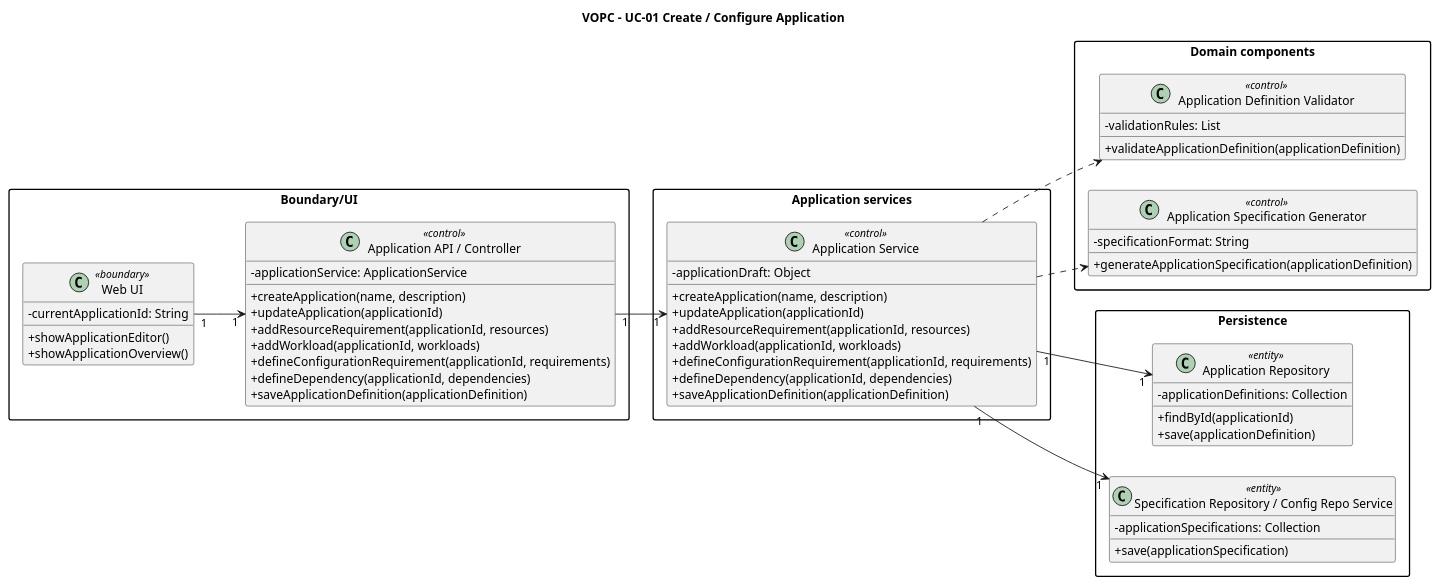
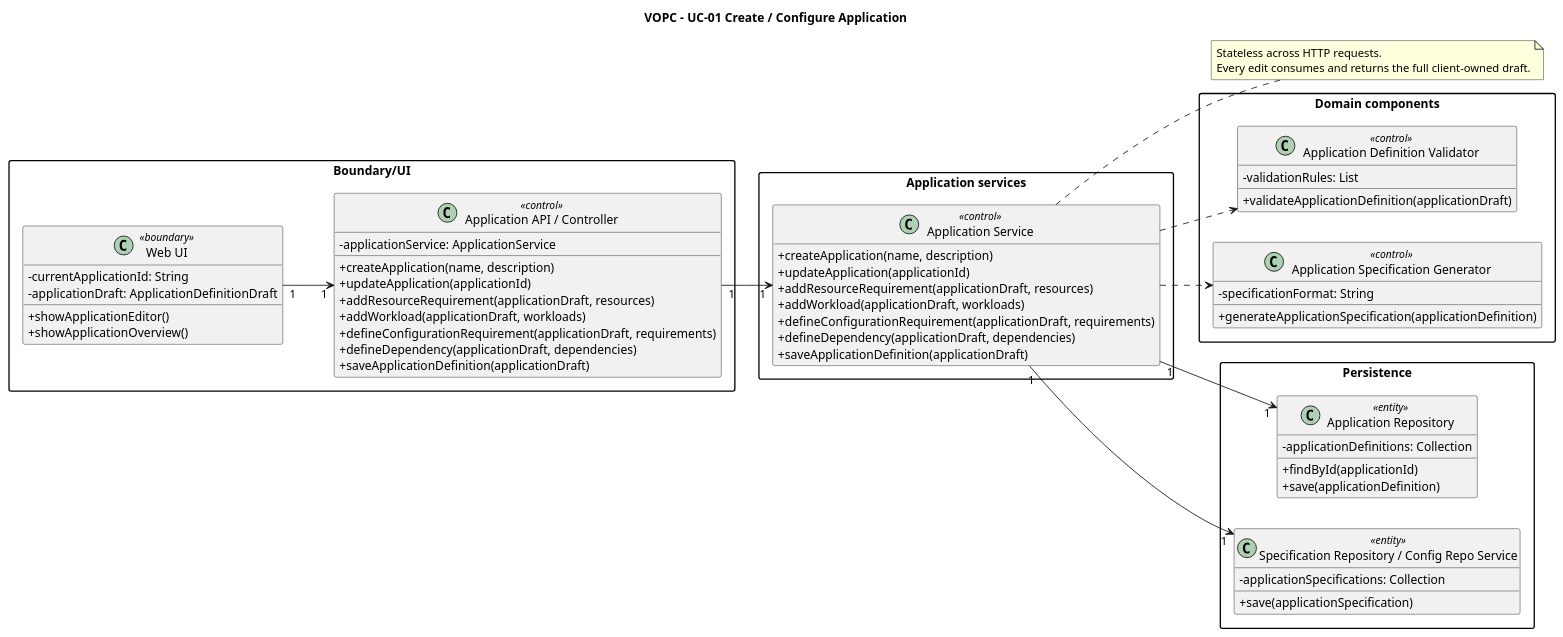
The diagram in 01_vopc_design_class_diagram/vopc_uc01.puml (pr3s3nt/final_idp), drawn with PlantUML before and after one commit. The commit also changed 20 other files, not shown here.

```diff
--- a/01_vopc_design_class_diagram/vopc_uc01.puml
+++ b/01_vopc_design_class_diagram/vopc_uc01.puml
@@ -1,70 +1,75 @@
 @startuml
 title VOPC - UC-01 Create / Configure Application
 
 left to right direction
 skinparam packageStyle rectangle
 skinparam classAttributeIconSize 0
 hide empty members
 
 package "Boundary/UI" {
   class "Web UI" as WebUI <<boundary>> {
     -currentApplicationId: String
+    -applicationDraft: ApplicationDefinitionDraft
     +showApplicationEditor()
     +showApplicationOverview()
   }
   class "Application API / Controller" as ApplicationAPI <<control>> {
     -applicationService: ApplicationService
     +createApplication(name, description)
     +updateApplication(applicationId)
-    +addResourceRequirement(applicationId, resources)
-    +addWorkload(applicationId, workloads)
-    +defineConfigurationRequirement(applicationId, requirements)
-    +defineDependency(applicationId, dependencies)
-    +saveApplicationDefinition(applicationDefinition)
+    +addResourceRequirement(applicationDraft, resources)
+    +addWorkload(applicationDraft, workloads)
+    +defineConfigurationRequirement(applicationDraft, requirements)
+    +defineDependency(applicationDraft, dependencies)
+    +saveApplicationDefinition(applicationDraft)
   }
 }
 
 package "Application services" {
   class "Application Service" as ApplicationService <<control>> {
-    -applicationDraft: Object
     +createApplication(name, description)
     +updateApplication(applicationId)
-    +addResourceRequirement(applicationId, resources)
-    +addWorkload(applicationId, workloads)
-    +defineConfigurationRequirement(applicationId, requirements)
-    +defineDependency(applicationId, dependencies)
-    +saveApplicationDefinition(applicationDefinition)
+    +addResourceRequirement(applicationDraft, resources)
+    +addWorkload(applicationDraft, workloads)
+    +defineConfigurationRequirement(applicationDraft, requirements)
+    +defineDependency(applicationDraft, dependencies)
+    +saveApplicationDefinition(applicationDraft)
   }
 }
 
 package "Domain components" {
   class "Application Definition Validator" as Validator <<control>> {
     -validationRules: List
-    +validateApplicationDefinition(applicationDefinition)
+    +validateApplicationDefinition(applicationDraft)
   }
   class "Application Specification Generator" as SpecGenerator <<control>> {
     -specificationFormat: String
     +generateApplicationSpecification(applicationDefinition)
   }
 }
 
 package "Persistence" {
   class "Application Repository" as AppRepo <<entity>> {
     -applicationDefinitions: Collection
     +findById(applicationId)
     +save(applicationDefinition)
   }
   class "Specification Repository / Config Repo Service" as SpecRepo <<entity>> {
     -applicationSpecifications: Collection
     +save(applicationSpecification)
   }
 }
 
 WebUI "1" --> "1" ApplicationAPI
 ApplicationAPI "1" --> "1" ApplicationService
 ApplicationService ..> Validator
 ApplicationService "1" --> "1" AppRepo
 ApplicationService ..> SpecGenerator
 ApplicationService "1" --> "1" SpecRepo
 
+note right of ApplicationService
+  Stateless across HTTP requests.
+  Every edit consumes and returns the full client-owned draft.
+end note
+
 @enduml
```
